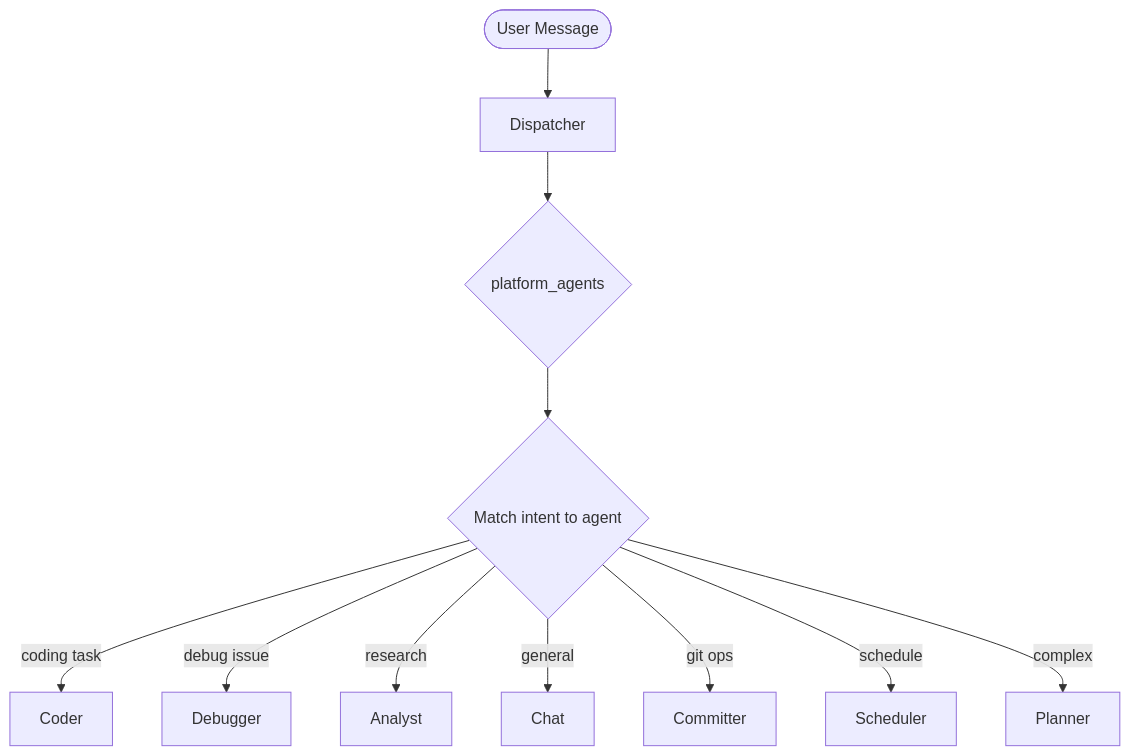
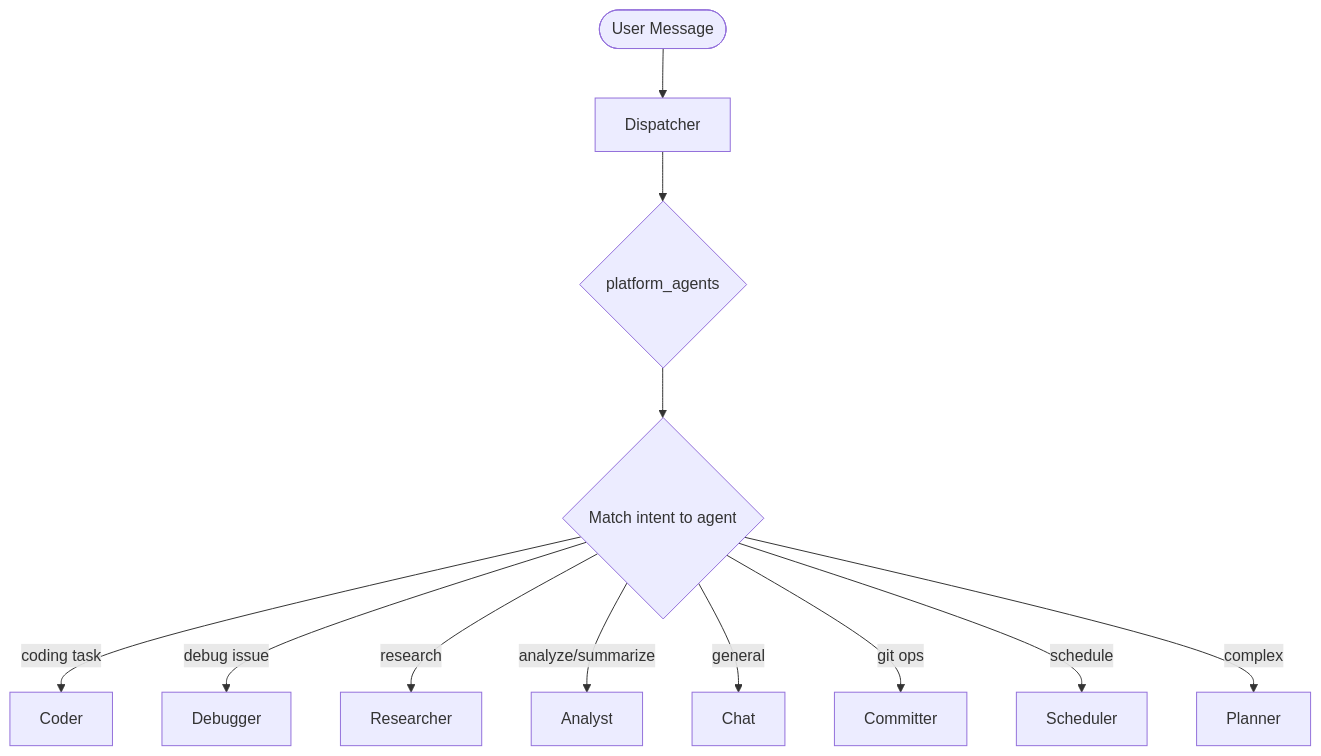
Before and after one commit to bhodgens/meept: the diagram in docs/concepts/multi-agent.md, drawn with Mermaid. The commit also changed other lines of this file and 3 other files, not shown here.

````diff
--- a/docs/concepts/multi-agent.md
+++ b/docs/concepts/multi-agent.md
@@ -162,13 +165,14 @@
 ```mermaid
 flowchart TB
     User([User Message]) --> Dispatcher
     Dispatcher --> Discover{platform_agents}
     Discover --> Match{Match intent to agent}
     Match -->|coding task| Coder
     Match -->|debug issue| Debugger
-    Match -->|research| Analyst
+    Match -->|research| Researcher
+    Match -->|analyze/summarize| Analyst
     Match -->|general| Chat
     Match -->|git ops| Committer
     Match -->|schedule| Scheduler
     Match -->|complex| Planner
 ```
````
